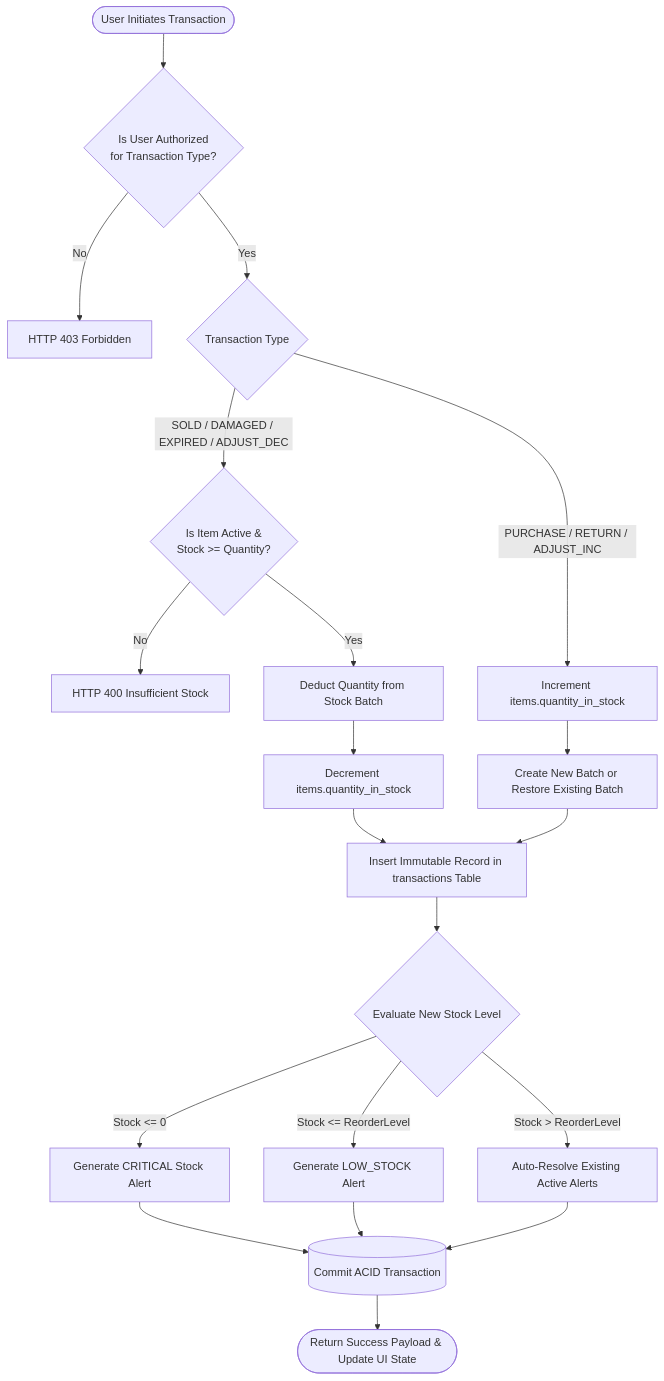
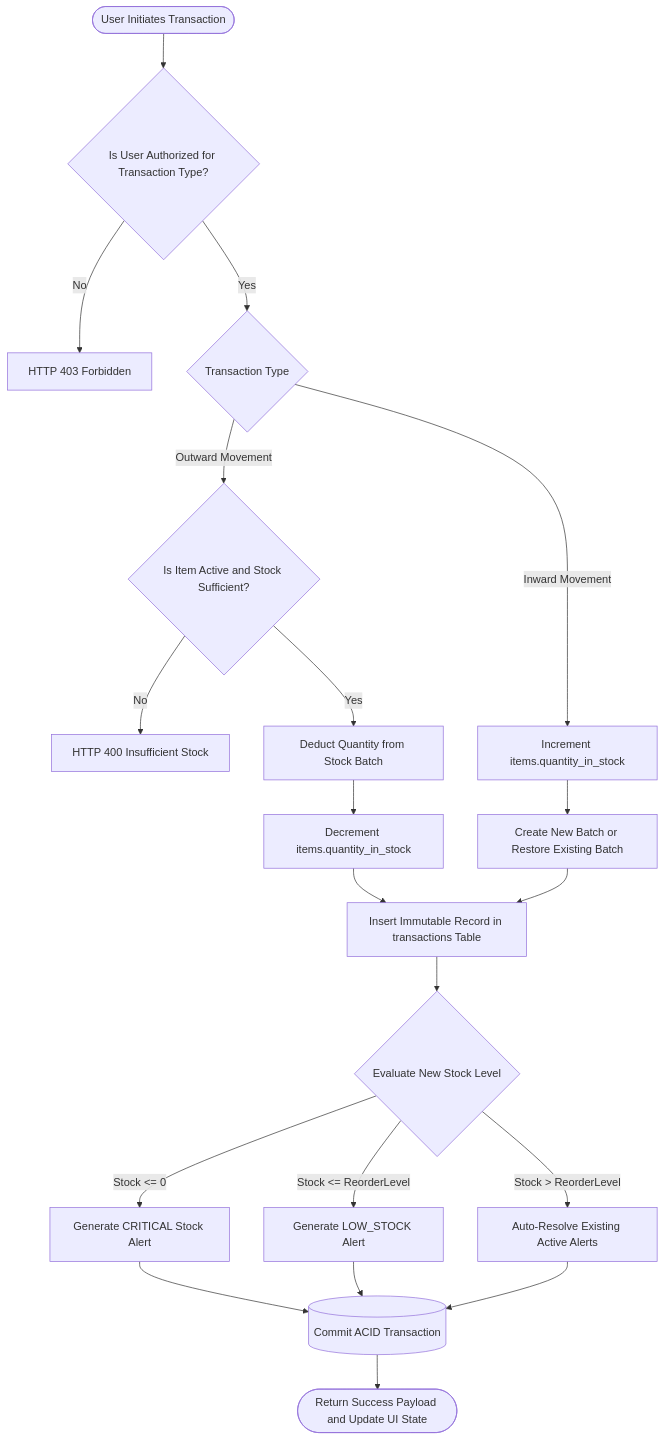
One commit to musfirofficial/StockSphere changed the ninth of 10 diagrams in documents/03-system-design.md. Above: the diagram before and after it, drawn with Mermaid. The commit also changed other lines of this file, not shown here.

````diff
--- a/documents/03-system-design.md
+++ b/documents/03-system-design.md
@@ -552,28 +551,28 @@
 ```mermaid
 flowchart TD
-    Start([User Initiates Transaction]) --> ValidateAuth{Is User Authorized<br/>for Transaction Type?}
+    Start([User Initiates Transaction]) --> ValidateAuth{Is User Authorized for Transaction Type?}
     ValidateAuth -- No --> ErrAuth[HTTP 403 Forbidden]
     ValidateAuth -- Yes --> CheckType{Transaction Type}
 
-    CheckType -- SOLD / DAMAGED / EXPIRED / ADJUST_DEC --> CheckStock{Is Item Active &<br/>Stock >= Quantity?}
+    CheckType -- Outward Movement --> CheckStock{Is Item Active and Stock Sufficient?}
     CheckStock -- No --> ErrStock[HTTP 400 Insufficient Stock]
     CheckStock -- Yes --> DeductBatch[Deduct Quantity from Stock Batch]
     DeductBatch --> DecrementStock[Decrement items.quantity_in_stock]
 
-    CheckType -- PURCHASE / RETURN / ADJUST_INC --> IncrementStock[Increment items.quantity_in_stock]
+    CheckType -- Inward Movement --> IncrementStock[Increment items.quantity_in_stock]
     IncrementStock --> CreateOrRestoreBatch[Create New Batch or Restore Existing Batch]
 
     DecrementStock --> RecordTx[Insert Immutable Record in transactions Table]
     CreateOrRestoreBatch --> RecordTx
 
     RecordTx --> CheckHealth{Evaluate New Stock Level}
     CheckHealth -- Stock <= 0 --> CreateCritAlert[Generate CRITICAL Stock Alert]
     CheckHealth -- Stock <= ReorderLevel --> CreateLowAlert[Generate LOW_STOCK Alert]
     CheckHealth -- Stock > ReorderLevel --> ResolveAlerts[Auto-Resolve Existing Active Alerts]
 
     CreateCritAlert --> CommitDB[(Commit ACID Transaction)]
     CreateLowAlert --> CommitDB
     ResolveAlerts --> CommitDB
 
-    CommitDB --> Success([Return Success Payload & Update UI State])
+    CommitDB --> Success([Return Success Payload and Update UI State])
 ```
````
